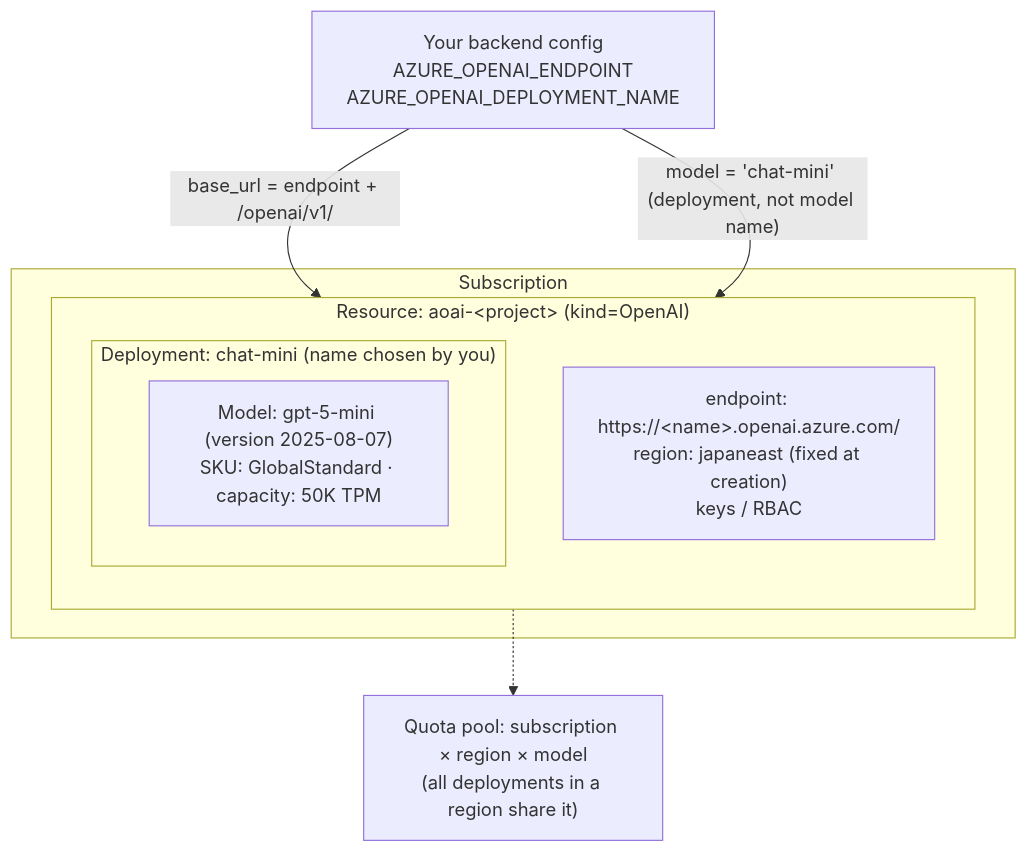
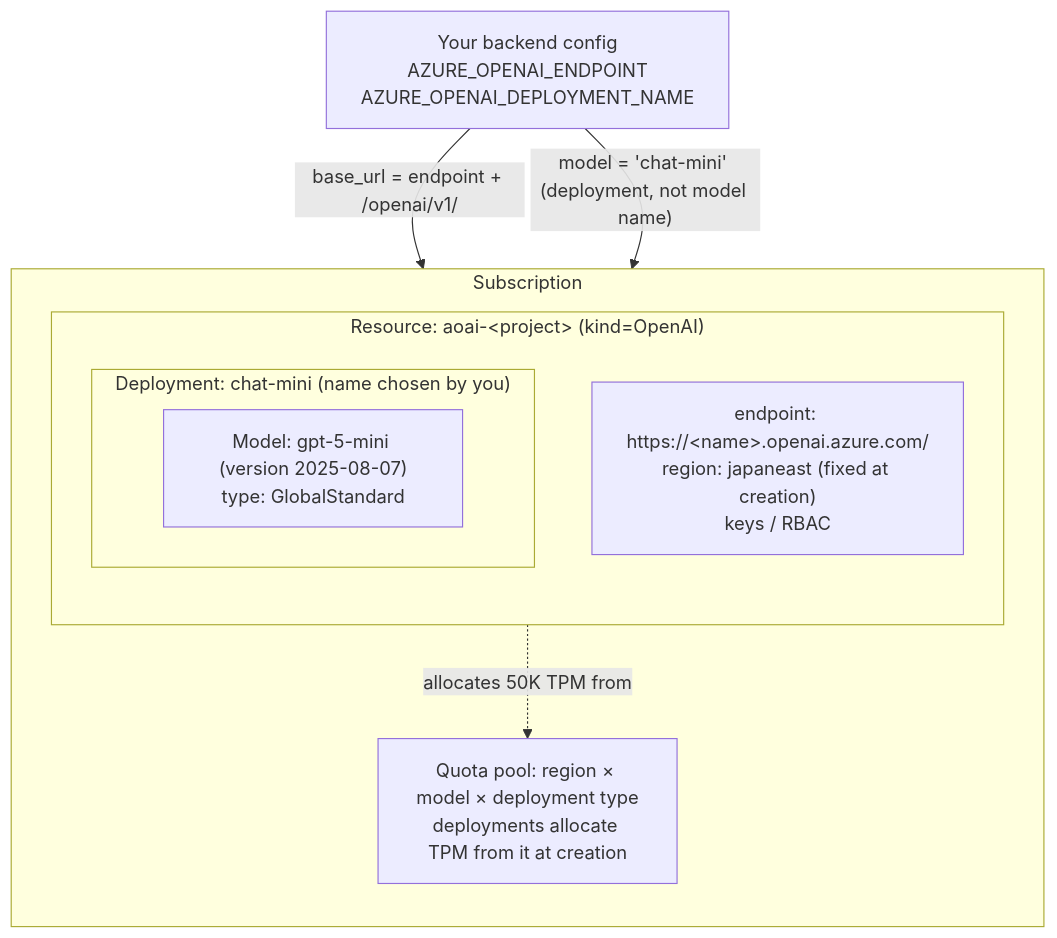
Before and after one commit to kehao-playground/azure-genai-backend-lab: the diagram in docs/diagrams/aoai-resource-hierarchy.md, drawn with Mermaid. The commit also changed other lines of this file and 1 other file, not shown here.

First line of the commit message:
test: pin deployment-name-as-model behavior; fix quota semantics in hierarchy diagram

````diff
--- a/docs/diagrams/aoai-resource-hierarchy.md
+++ b/docs/diagrams/aoai-resource-hierarchy.md
@@ -7,19 +7,20 @@
 ```mermaid
 flowchart TB
     subgraph Sub["Subscription"]
+        direction TB
+        Quota["Quota pool: region × model × deployment type<br/>deployments allocate TPM from it at creation"]
         subgraph Res["Resource: aoai-&lt;project&gt; (kind=OpenAI)"]
             direction TB
             Meta["endpoint: https://&lt;name&gt;.openai.azure.com/<br/>region: japaneast (fixed at creation)<br/>keys / RBAC"]
             subgraph Dep["Deployment: chat-mini (name chosen by you)"]
-                Model["Model: gpt-5-mini (version 2025-08-07)<br/>SKU: GlobalStandard · capacity: 50K TPM"]
+                Model["Model: gpt-5-mini (version 2025-08-07)<br/>type: GlobalStandard"]
             end
         end
     end
 
     App["Your backend config<br/>AZURE_OPENAI_ENDPOINT<br/>AZURE_OPENAI_DEPLOYMENT_NAME"]
     App -- "base_url = endpoint + /openai/v1/" --> Meta
     App -- "model = 'chat-mini' (deployment, not model name)" --> Dep
 
-    Quota["Quota pool: subscription × region × model<br/>(all deployments in a region share it)"]
-    Dep -.-> Quota
+    Dep -. "allocates 50K TPM from" .-> Quota
 ```
````
